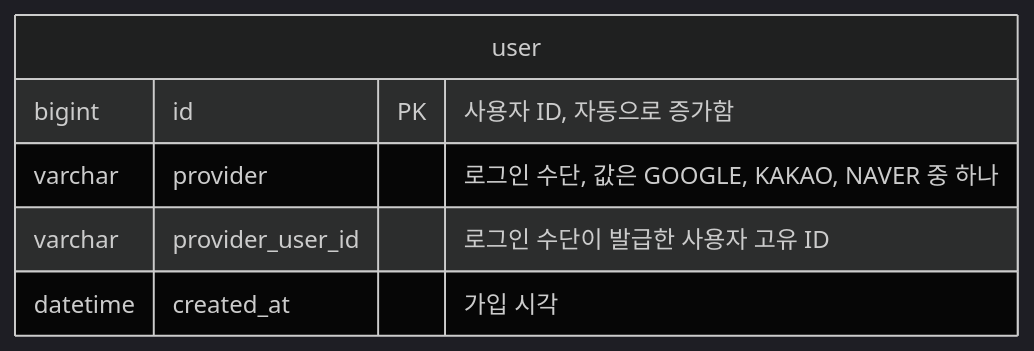
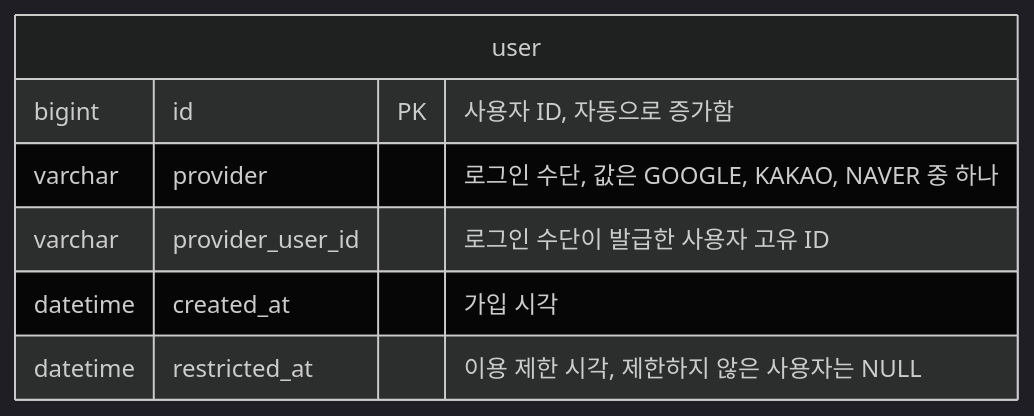
Before and after one commit to f-lab-edu/jipsee: the second of 8 diagrams in docs/erd.md, drawn with Mermaid (dark theme). The commit also changed other lines of this file and 1 other file, not shown here.

Commit message:
docs: user에 이용 제한 시각 컬럼 추가, 챗봇 앞단 검사에 이용 제한 확인 추가

````diff
--- a/docs/erd.md
+++ b/docs/erd.md
@@ -41,9 +41,10 @@
 ```mermaid
 erDiagram
     user {
         bigint id PK "사용자 ID, 자동으로 증가함"
         varchar provider "로그인 수단, 값은 GOOGLE, KAKAO, NAVER 중 하나"
         varchar provider_user_id "로그인 수단이 발급한 사용자 고유 ID"
         datetime created_at "가입 시각"
+        datetime restricted_at "이용 제한 시각, 제한하지 않은 사용자는 NULL"
     }
 ```
````
